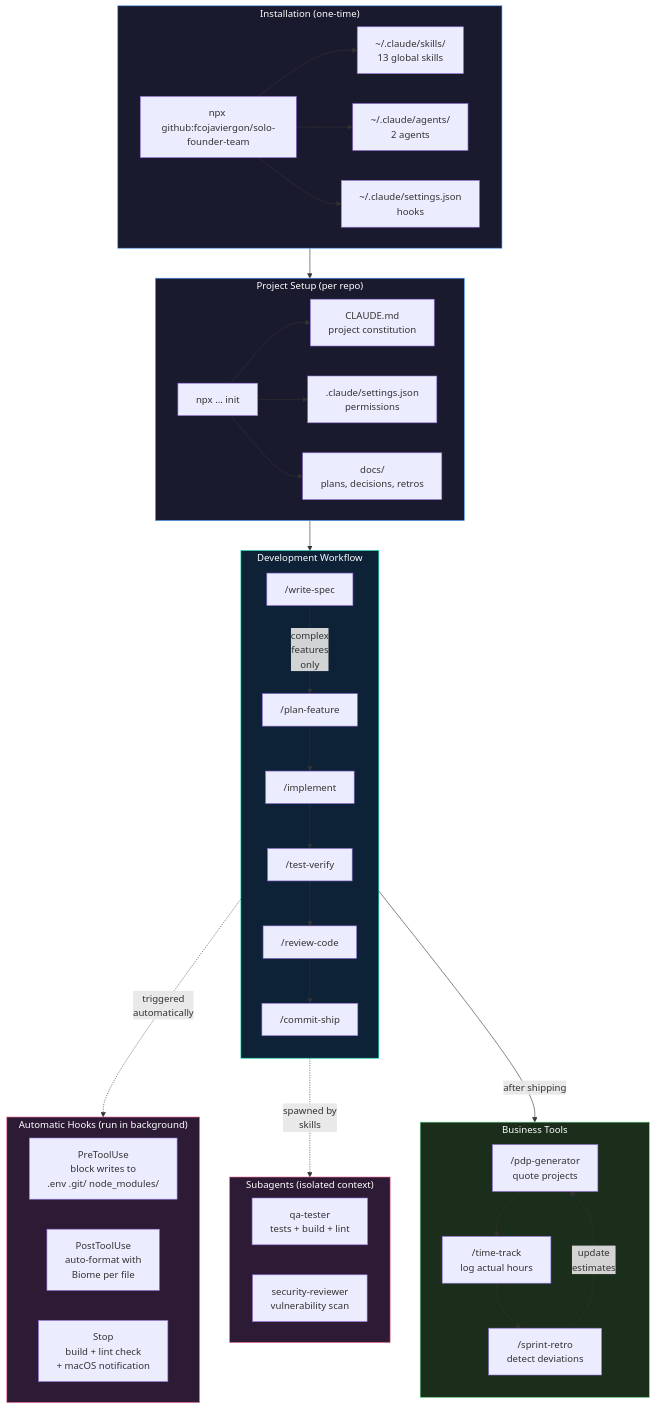
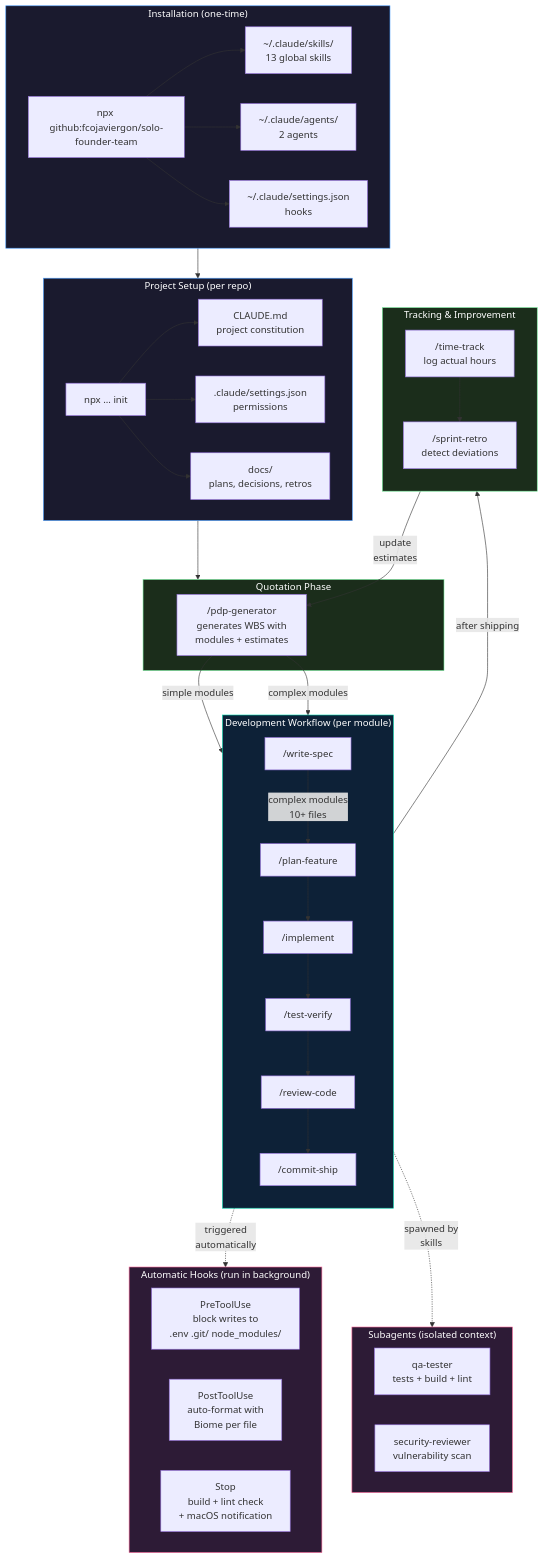
One commit to fcojaviergon/solo-founder-team changed the first of 2 diagrams in README.md. Above: the diagram before and after it, drawn with Mermaid. The commit also changed other lines of this file and 3 other files, not shown here.

First line of the commit message:
Add PDP-driven development: connect quotation to dev workflow

````diff
--- a/README.md
+++ b/README.md
@@ -101,54 +101,60 @@
 ```mermaid
 flowchart TB
     subgraph INSTALL["Installation (one-time)"]
         A["npx github:fcojaviergon/solo-founder-team"] --> B["~/.claude/skills/\n13 global skills"]
         A --> C["~/.claude/agents/\n2 agents"]
         A --> D["~/.claude/settings.json\nhooks"]
     end
 
     subgraph PROJECT["Project Setup (per repo)"]
         E["npx ... init"] --> F["CLAUDE.md\nproject constitution"]
         E --> G[".claude/settings.json\npermissions"]
         E --> H["docs/\nplans, decisions, retros"]
     end
 
-    subgraph WORKFLOW["Development Workflow"]
+    subgraph QUOTE["Quotation Phase"]
+        PDP["/pdp-generator\ngenerates WBS with\nmodules + estimates"]
+    end
+
+    subgraph WORKFLOW["Development Workflow (per module)"]
         direction TB
-        W1["/write-spec"] -->|"complex\nfeatures\nonly"| W2
+        W1["/write-spec"] -->|"complex modules\n10+ files"| W2
         W2["/plan-feature"] --> W3["/implement"]
         W3 --> W4["/test-verify"]
         W4 --> W5["/review-code"]
         W5 --> W6["/commit-ship"]
     end
 
     subgraph HOOKS["Automatic Hooks (run in background)"]
         H1["PreToolUse\nblock writes to\n.env .git/ node_modules/"]
         H2["PostToolUse\nauto-format with\nBiome per file"]
         H3["Stop\nbuild + lint check\n+ macOS notification"]
     end
 
     subgraph AGENTS["Subagents (isolated context)"]
         AG1["qa-tester\ntests + build + lint"]
         AG2["security-reviewer\nvulnerability scan"]
     end
 
-    subgraph BUSINESS["Business Tools"]
+    subgraph TRACKING["Tracking & Improvement"]
         direction TB
-        BZ1["/pdp-generator\nquote projects"] --> BZ2["/time-track\nlog actual hours"]
-        BZ2 --> BZ3["/sprint-retro\ndetect deviations"]
-        BZ3 -->|"update\nestimates"| BZ1
+        BZ2["/time-track\nlog actual hours"] --> BZ3["/sprint-retro\ndetect deviations"]
+        BZ3 -->|"update\nestimates"| PDP
     end
 
     INSTALL --> PROJECT
-    PROJECT --> WORKFLOW
+    PROJECT --> QUOTE
+    PDP -->|"simple modules"| W2
+    PDP -->|"complex modules"| W1
     WORKFLOW -.->|"triggered\nautomatically"| HOOKS
     WORKFLOW -.->|"spawned by\nskills"| AGENTS
-    W6 -->|"after shipping"| BUSINESS
+    W6 -->|"after shipping"| BZ2
 
     style INSTALL fill:#1a1a2e,stroke:#4a9eff,color:#fff
     style PROJECT fill:#1a1a2e,stroke:#4a9eff,color:#fff
+    style QUOTE fill:#1b2d1b,stroke:#7bed9f,color:#fff
     style WORKFLOW fill:#0d2137,stroke:#00d4aa,color:#fff
     style HOOKS fill:#2d1b36,stroke:#ff6b9d,color:#fff
     style AGENTS fill:#2d1b36,stroke:#ff6b9d,color:#fff
-    style BUSINESS fill:#1b2d1b,stroke:#7bed9f,color:#fff
+    style TRACKING fill:#1b2d1b,stroke:#7bed9f,color:#fff
 ```
````
